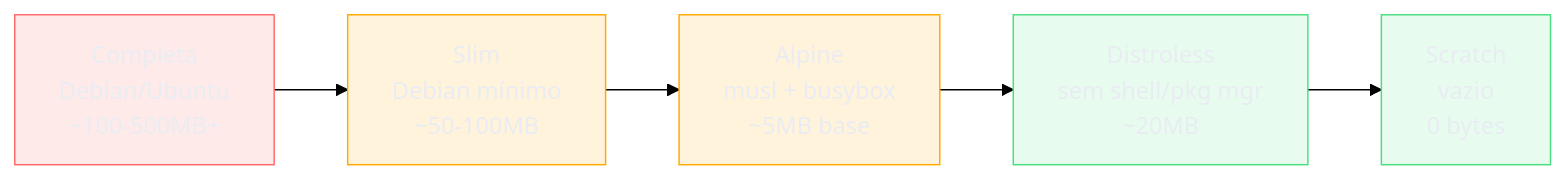
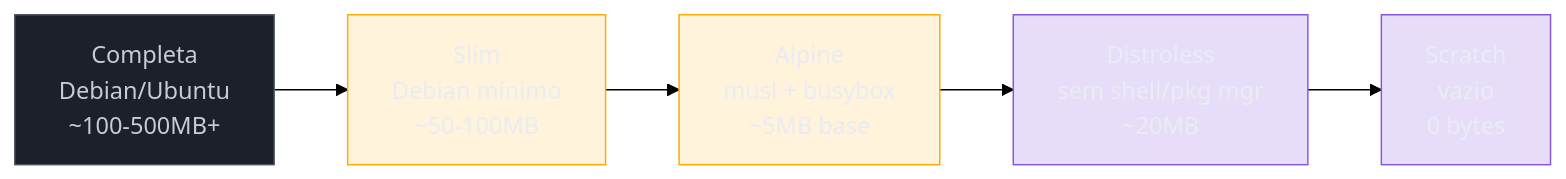
One commit to josenaldo/codex-technomanticus changed the second of 2 diagrams in 03-Dominios/Tecnologia/Infraestrutura/Docker/09 - Multi-stage e imagens mínimas.md. Above: the diagram before and after it, drawn with Mermaid (forest theme). The commit also changed 601 other files, not shown here.

````diff
--- a/03-Dominios/Tecnologia/Infraestrutura/Docker/09 - Multi-stage e imagens mínimas.md
+++ b/03-Dominios/Tecnologia/Infraestrutura/Docker/09 - Multi-stage e imagens mínimas.md
@@ -146,16 +146,16 @@
 ```mermaid
 graph LR
-    classDef falha fill:#FF6B6B24,stroke:#FF6B6B,color:#E9ECF2
+    classDef marca fill:#8855DF33,stroke:#8855DF,color:#E9ECF2
+    classDef neutro fill:#1B2029,stroke:#4E5666,color:#C6CCD8
     classDef destaque fill:#FFAA0024,stroke:#FFAA00,color:#E9ECF2
-    classDef ok fill:#4ADE8021,stroke:#4ADE80,color:#E9ECF2
     A["Completa<br/>Debian/Ubuntu<br/>~100-500MB+"] --> B["Slim<br/>Debian mínimo<br/>~50-100MB"]
     B --> C["Alpine<br/>musl + busybox<br/>~5MB base"]
     C --> D["Distroless<br/>sem shell/pkg mgr<br/>~20MB"]
     D --> E["Scratch<br/>vazio<br/>0 bytes"]
 
-    class A falha
+    class A neutro
     class B destaque
     class C destaque
-    class D ok
-    class E ok
+    class D marca
+    class E marca
 ```
````
